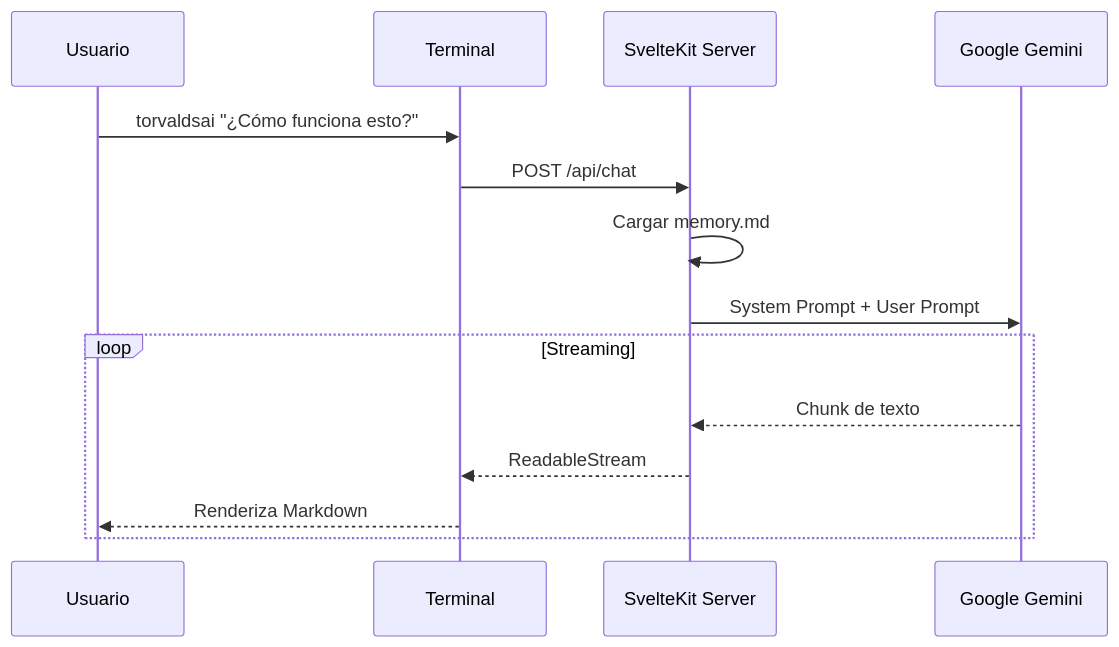
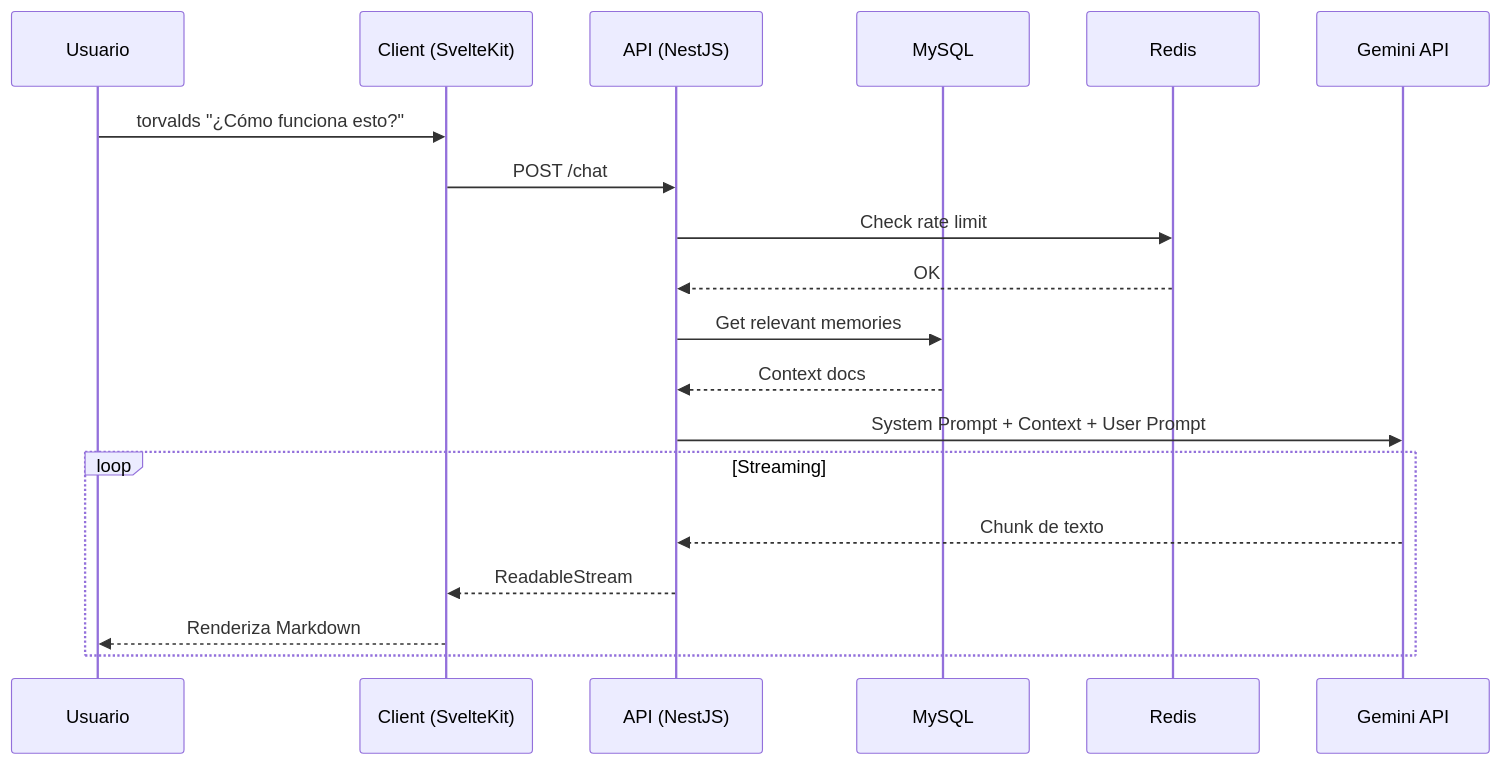
Before and after one commit to Brianleft28/brianleft-portfolio: the diagram in README.md, drawn with Mermaid. The commit also changed other lines of this file and 155 other files, not shown here.

First line of the commit message:
feat: arquitectura multi-contenedor con NestJS API

````diff
--- a/README.md
+++ b/README.md
@@ -95,18 +87,23 @@
 ```mermaid
 sequenceDiagram
     participant U as Usuario
-    participant T as Terminal
-    participant S as SvelteKit Server
-    participant G as Google Gemini
+    participant C as Client (SvelteKit)
+    participant A as API (NestJS)
+    participant DB as MySQL
+    participant R as Redis
+    participant G as Gemini API
 
-    U->>T: torvaldsai "¿Cómo funciona esto?"
-    T->>S: POST /api/chat
-    S->>S: Cargar memory.md
-    S->>G: System Prompt + User Prompt
+    U->>C: torvalds "¿Cómo funciona esto?"
+    C->>A: POST /chat
+    A->>R: Check rate limit
+    R-->>A: OK
+    A->>DB: Get relevant memories
+    DB-->>A: Context docs
+    A->>G: System Prompt + Context + User Prompt
     
     loop Streaming
-        G-->>S: Chunk de texto
-        S-->>T: ReadableStream
-        T-->>U: Renderiza Markdown
+        G-->>A: Chunk de texto
+        A-->>C: ReadableStream
+        C-->>U: Renderiza Markdown
     end
 ```
````
